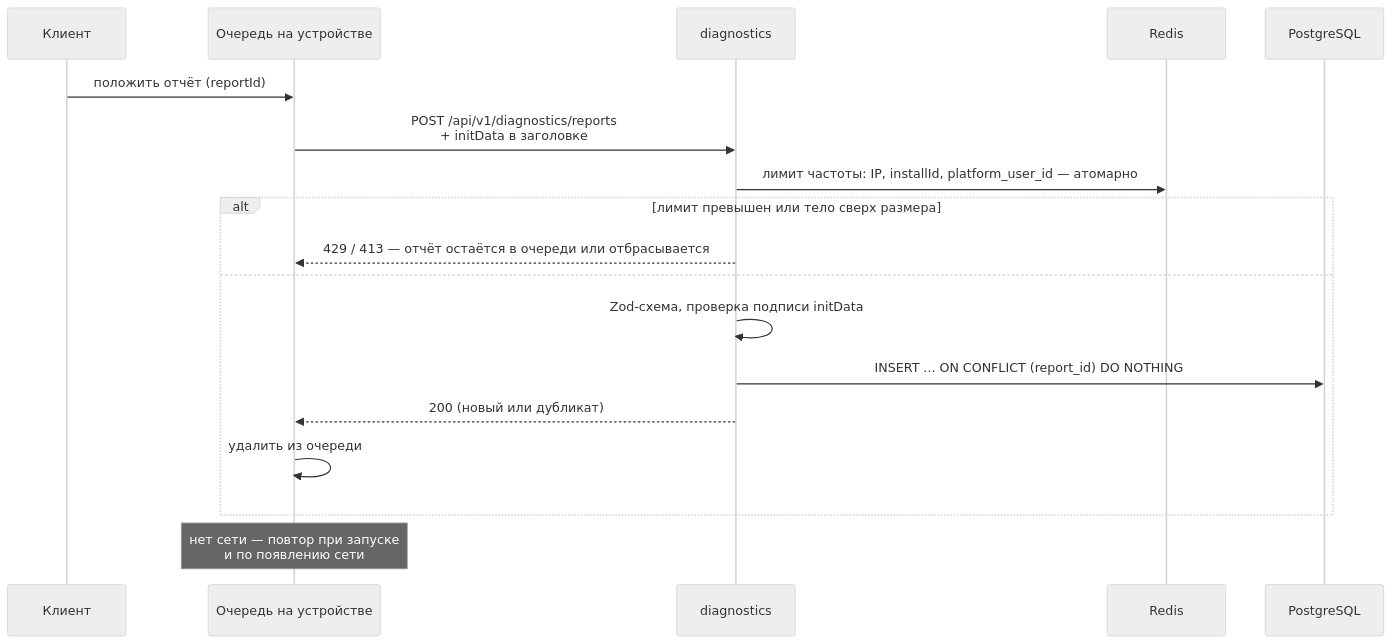
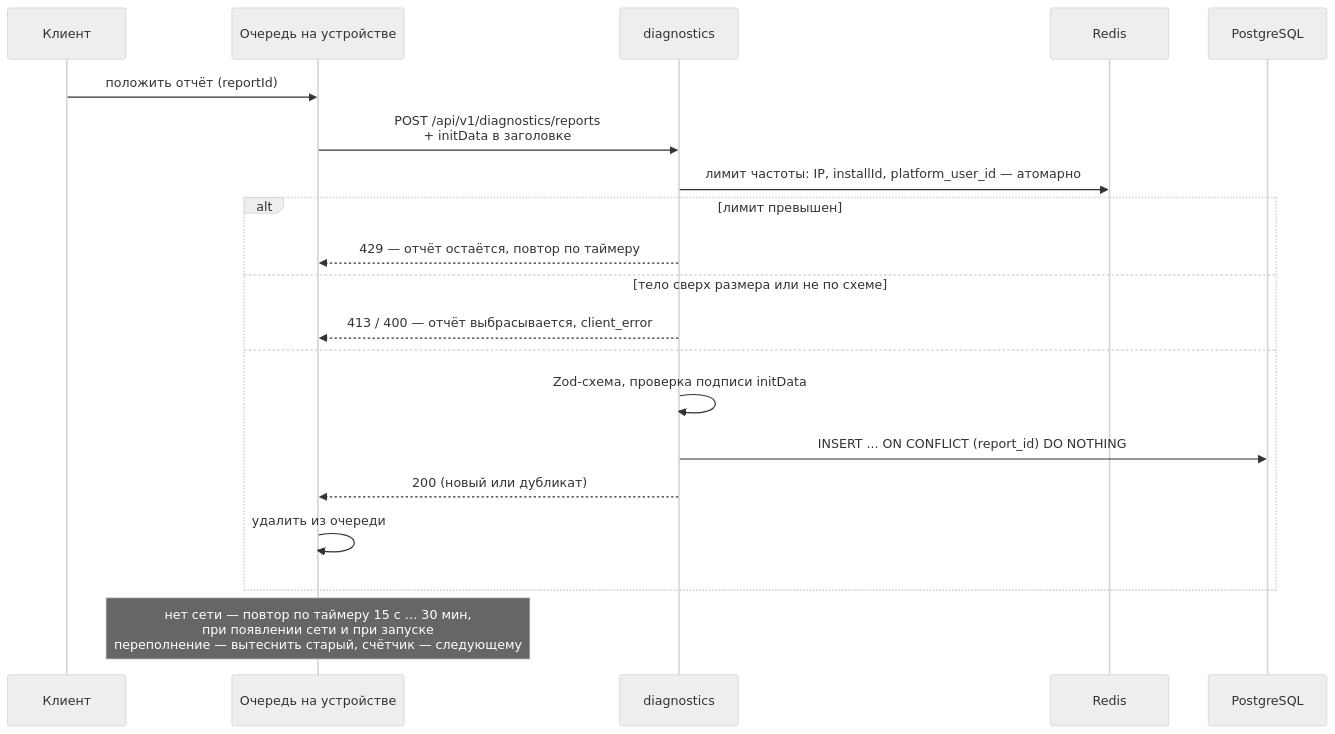
Before and after one commit to JJSGxKD/rubezh: diagram 15 of 22 in docs/21-diagrams.md, drawn with Mermaid (neutral theme). The commit also changed other lines of this file and 16 other files, not shown here.

````diff
--- a/docs/21-diagrams.md
+++ b/docs/21-diagrams.md
@@ -857,21 +857,23 @@
 ```mermaid
 sequenceDiagram
     participant C as Клиент
     participant O as Очередь на устройстве
     participant D as diagnostics
     participant R as Redis
     participant DB as PostgreSQL
 
     C->>O: положить отчёт (reportId)
     O->>D: POST /api/v1/diagnostics/reports<br/>+ initData в заголовке
     D->>R: лимит частоты: IP, installId, platform_user_id — атомарно
-    alt лимит превышен или тело сверх размера
-        D-->>O: 429 / 413 — отчёт остаётся в очереди или отбрасывается
+    alt лимит превышен
+        D-->>O: 429 — отчёт остаётся, повтор по таймеру
+    else тело сверх размера или не по схеме
+        D-->>O: 413 / 400 — отчёт выбрасывается, client_error
     else
         D->>D: Zod-схема, проверка подписи initData
         D->>DB: INSERT ... ON CONFLICT (report_id) DO NOTHING
         D-->>O: 200 (новый или дубликат)
         O->>O: удалить из очереди
     end
-    Note over O: нет сети — повтор при запуске<br/>и по появлению сети
+    Note over O: нет сети — повтор по таймеру 15 с … 30 мин,<br/>при появлении сети и при запуске<br/>переполнение — вытеснить старый, счётчик — следующему
 ```
````
